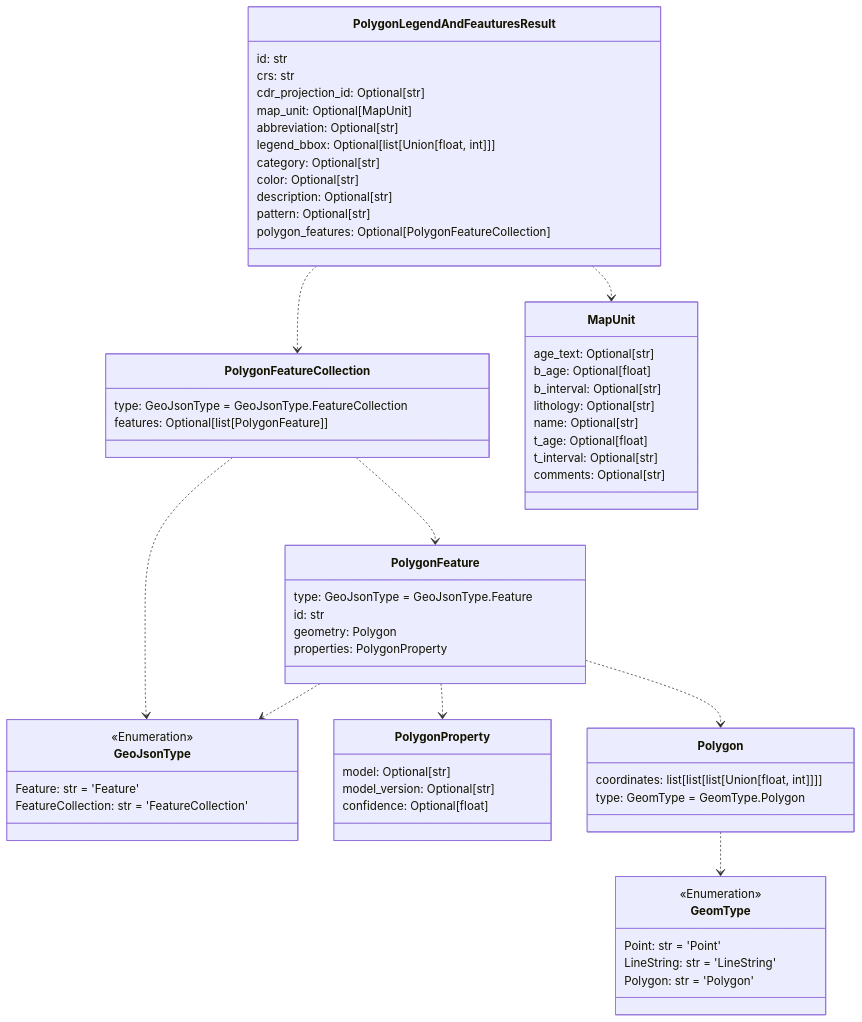
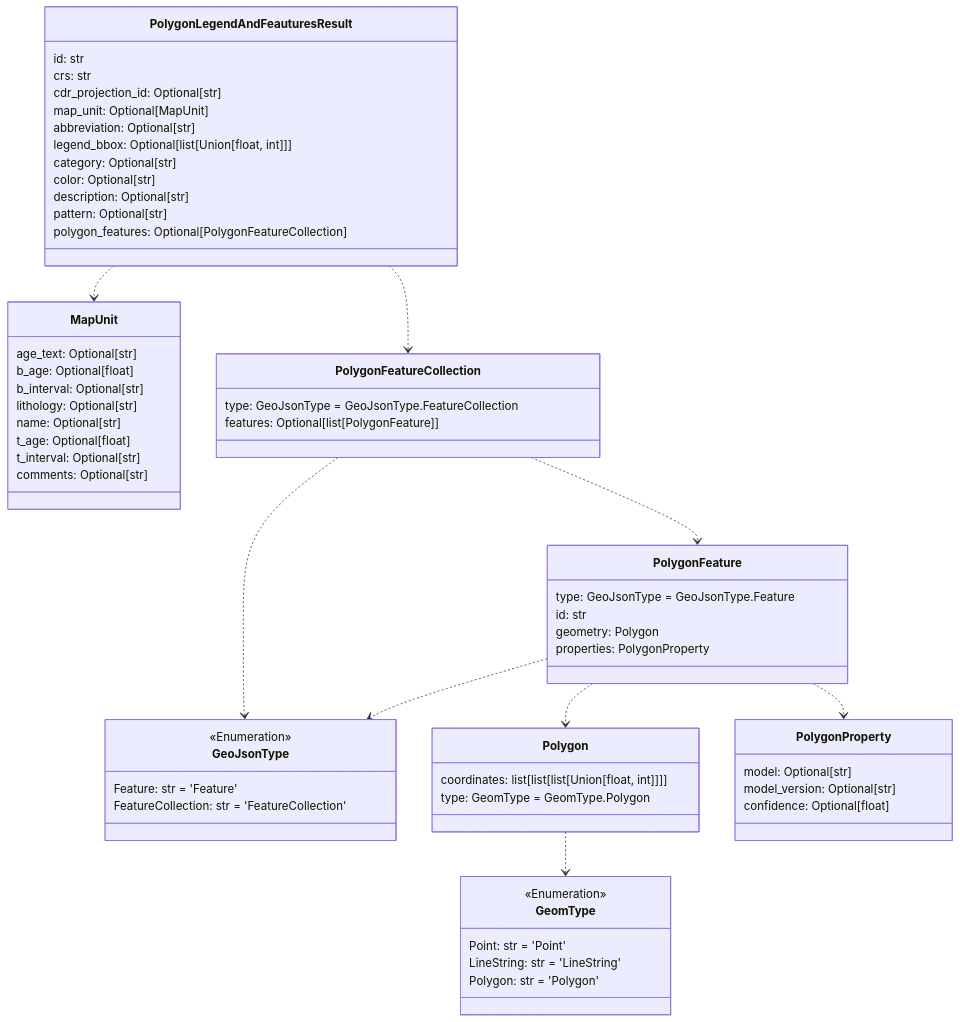
The seventh of 12 diagrams in README.md (DARPA-CRITICALMAAS/cdr_schemas), drawn with Mermaid before and after one commit. The commit also changed other lines of this file and 2 other files, not shown here.

````diff
--- a/README.md
+++ b/README.md
@@ -472,75 +472,75 @@
 ```mermaid
 classDiagram
-
-    class GeoJsonType {
-        <<Enumeration>>
-        Feature: str = 'Feature'
-        FeatureCollection: str = 'FeatureCollection'
-    }
-
-    class PolygonFeatureCollection {
-        type: GeoJsonType = GeoJsonType.FeatureCollection
-        features: Optional[list[PolygonFeature]]
-    }
 
     class PolygonLegendAndFeauturesResult {
         id: str
         crs: str
         cdr_projection_id: Optional[str]
         map_unit: Optional[MapUnit]
         abbreviation: Optional[str]
         legend_bbox: Optional[list[Union[float, int]]]
         category: Optional[str]
         color: Optional[str]
         description: Optional[str]
         pattern: Optional[str]
         polygon_features: Optional[PolygonFeatureCollection]
     }
 
     class GeomType {
         <<Enumeration>>
         Point: str = 'Point'
         LineString: str = 'LineString'
         Polygon: str = 'Polygon'
     }
 
-    class PolygonFeature {
-        type: GeoJsonType = GeoJsonType.Feature
-        id: str
-        geometry: Polygon
-        properties: PolygonProperty
-    }
-
-    class PolygonProperty {
-        model: Optional[str]
-        model_version: Optional[str]
-        confidence: Optional[float]
-    }
-
     class MapUnit {
         age_text: Optional[str]
         b_age: Optional[float]
         b_interval: Optional[str]
         lithology: Optional[str]
         name: Optional[str]
         t_age: Optional[float]
         t_interval: Optional[str]
         comments: Optional[str]
     }
 
+    class PolygonProperty {
+        model: Optional[str]
+        model_version: Optional[str]
+        confidence: Optional[float]
+    }
+
+    class PolygonFeature {
+        type: GeoJsonType = GeoJsonType.Feature
+        id: str
+        geometry: Polygon
+        properties: PolygonProperty
+    }
+
+    class GeoJsonType {
+        <<Enumeration>>
+        Feature: str = 'Feature'
+        FeatureCollection: str = 'FeatureCollection'
+    }
+
+    class PolygonFeatureCollection {
+        type: GeoJsonType = GeoJsonType.FeatureCollection
+        features: Optional[list[PolygonFeature]]
+    }
+
     class Polygon {
         coordinates: list[list[list[Union[float, int]]]]
         type: GeomType = GeomType.Polygon
     }
 
     Polygon ..> GeomType
     PolygonFeature ..> GeoJsonType
+    PolygonFeature ..> Polygon
     PolygonFeature ..> PolygonProperty
-    PolygonFeature ..> Polygon
+    PolygonFeatureCollection ..> GeoJsonType
     PolygonFeatureCollection ..> PolygonFeature
-    PolygonFeatureCollection ..> GeoJsonType
+    PolygonLegendAndFeauturesResult ..> MapUnit
     PolygonLegendAndFeauturesResult ..> PolygonFeatureCollection
-    PolygonLegendAndFeauturesResult ..> MapUnit
 
 
 ```
````
